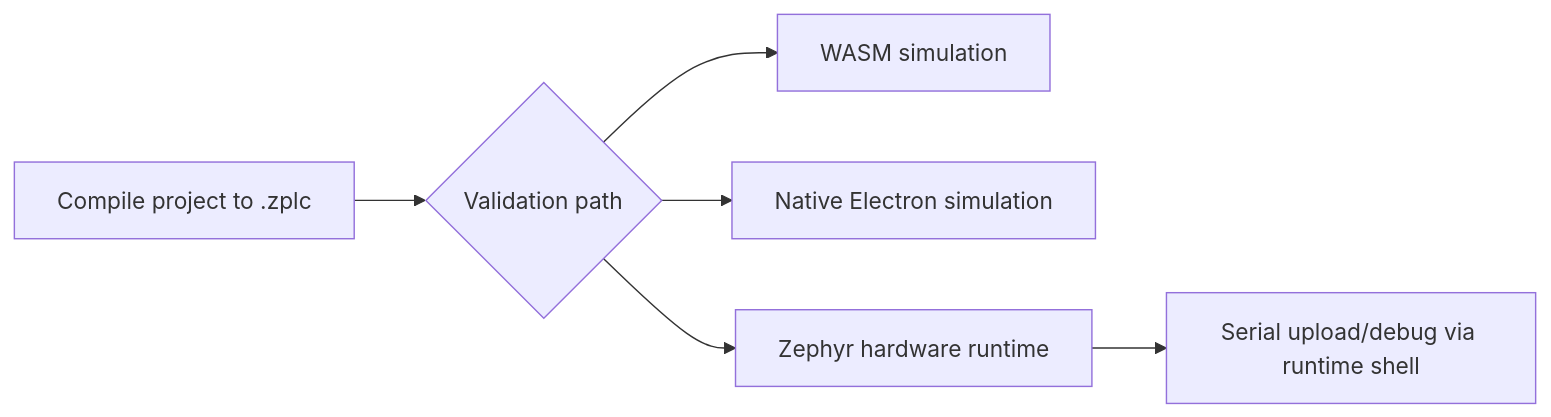
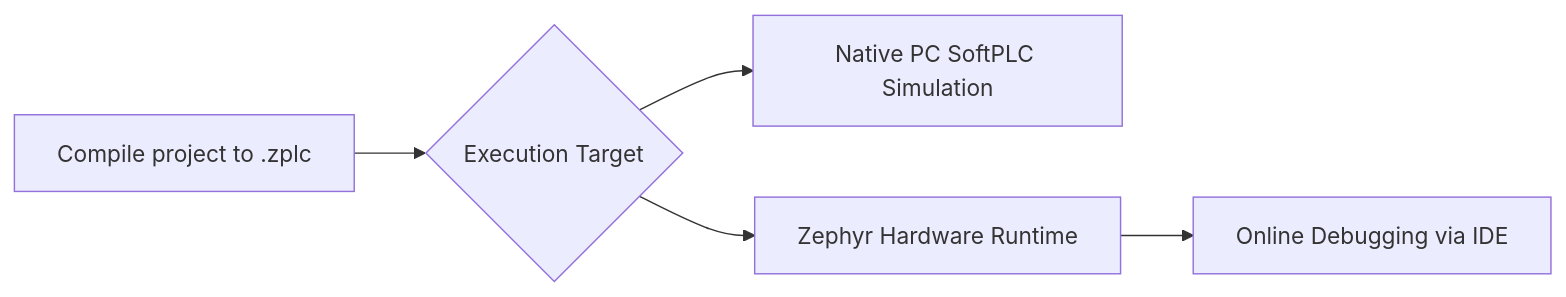
Before and after one commit to eduardojvieira/ZPLC: the diagram in docs/docs/integration/index.md, drawn with Mermaid. The commit also changed other lines of this file and 55 other files, not shown here.

````diff
--- a/docs/docs/integration/index.md
+++ b/docs/docs/integration/index.md
@@ -26,8 +18,7 @@
 ```mermaid
 flowchart LR
-  A[Compile project to .zplc] --> B{Validation path}
-  B --> C[WASM simulation]
-  B --> D[Native Electron simulation]
-  B --> E[Zephyr hardware runtime]
-  E --> F[Serial upload/debug via runtime shell]
+  A[Compile project to .zplc] --> B{Execution Target}
+  B --> D[Native PC SoftPLC Simulation]
+  B --> E[Zephyr Hardware Runtime]
+  E --> F[Online Debugging via IDE]
 ```
````
